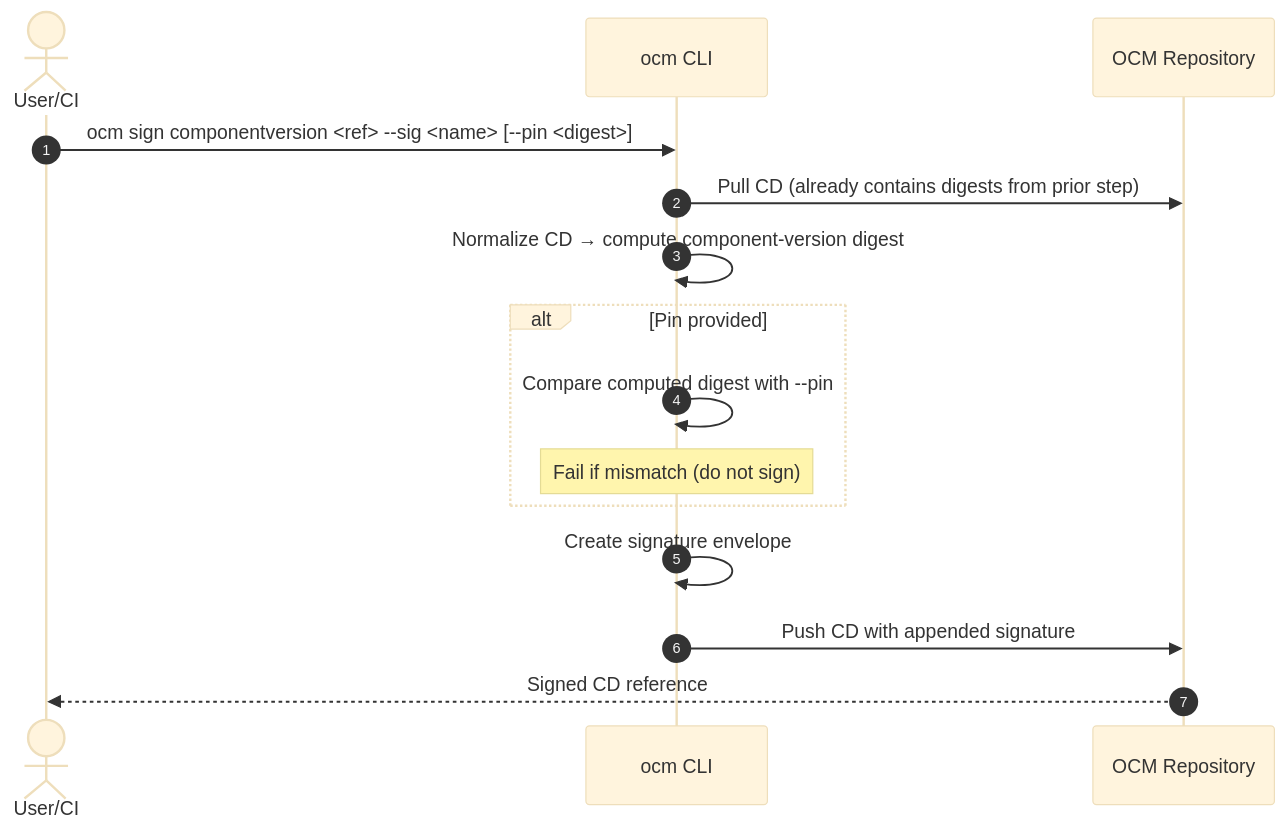
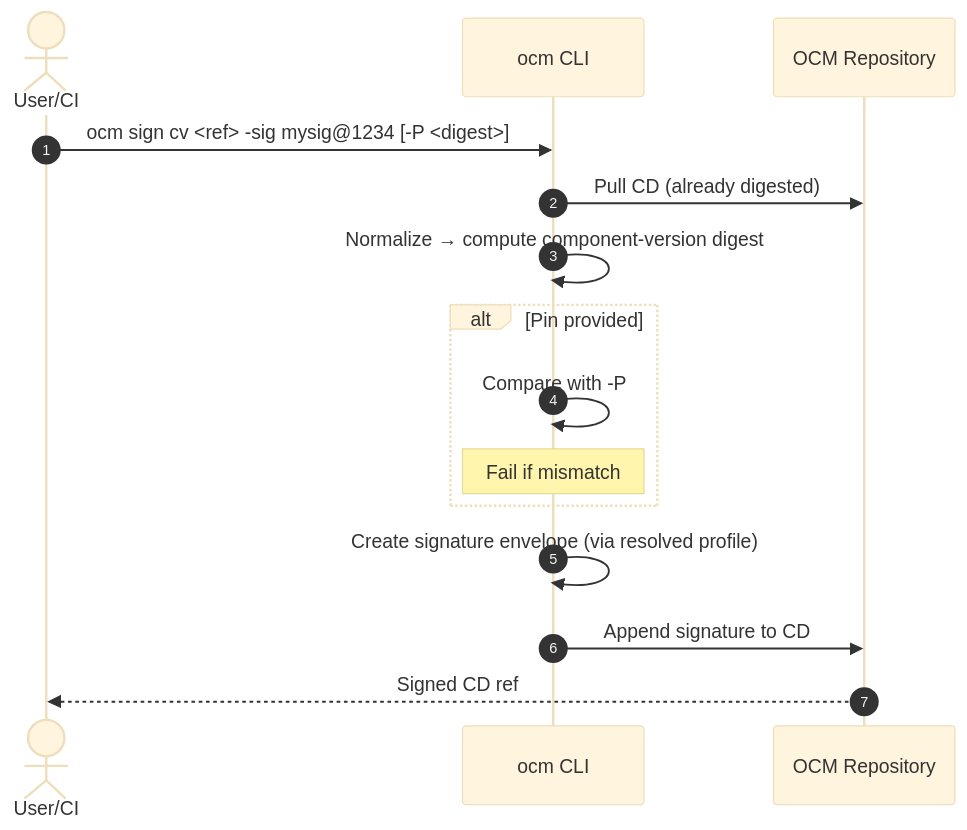
The diagram in docs/adr/0008_signing_verification.md (open-component-model/open-component-model), drawn with Mermaid (base theme) before and after one commit. The commit also changed other lines of this file, not shown here.

````diff
--- a/docs/adr/0008_signing_verification.md
+++ b/docs/adr/0008_signing_verification.md
@@ -299,18 +226,18 @@
 ```mermaid
 sequenceDiagram
-autonumber
-actor U as User/CI
-participant C as ocm CLI
-participant R as OCM Repository
+  autonumber
+  actor U as User/CI
+  participant C as ocm CLI
+  participant R as OCM Repository
 
-U->>C: ocm sign componentversion <ref> --sig <name> [--pin <digest>]
-            C->>R: Pull CD (already contains digests from prior step)
-            C->>C: Normalize CD → compute component-version digest
-            alt Pin provided
-            C->>C: Compare computed digest with --pin
-            note over C: Fail if mismatch (do not sign)
-            end
-            C->>C: Create signature envelope
-            C->>R: Push CD with appended signature
-            R-->>U: Signed CD reference
+  U->>C: ocm sign cv <ref> -sig mysig@1234 [-P <digest>]
+  C->>R: Pull CD (already digested)
+  C->>C: Normalize → compute component-version digest
+  alt Pin provided
+    C->>C: Compare with -P
+    note over C: Fail if mismatch
+  end
+  C->>C: Create signature envelope (via resolved profile)
+  C->>R: Append signature to CD
+  R-->>U: Signed CD ref
 ```
````
